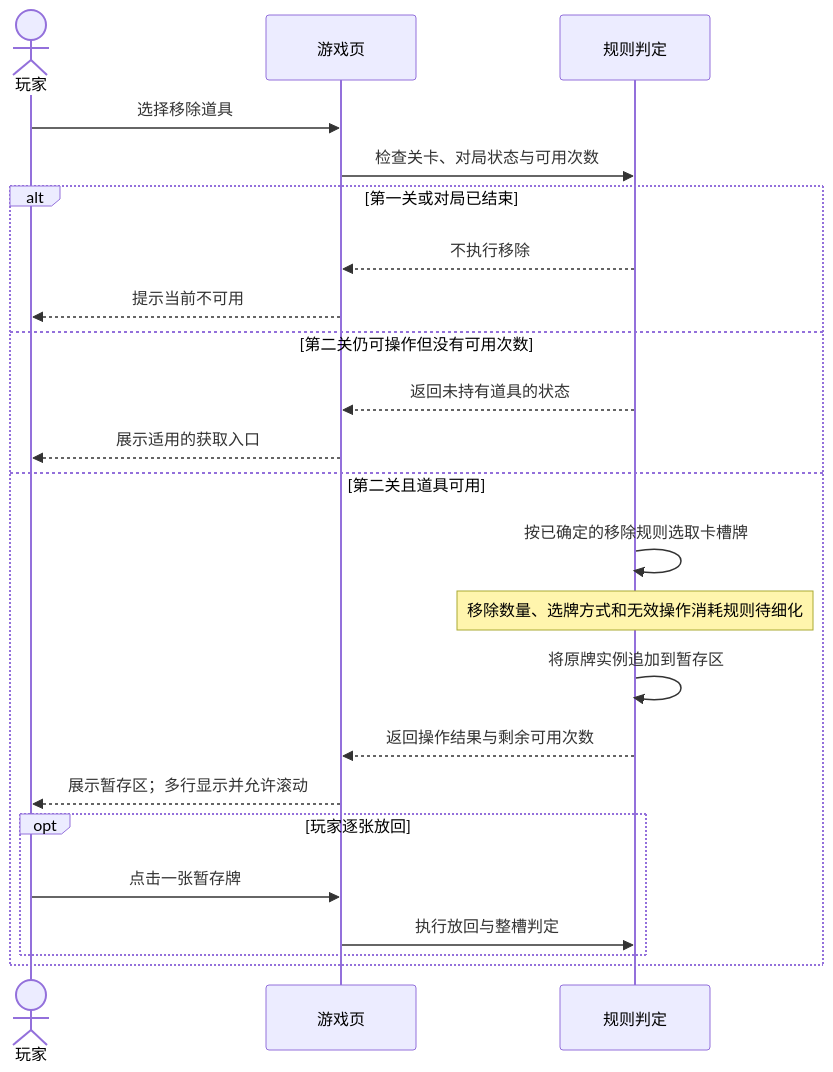
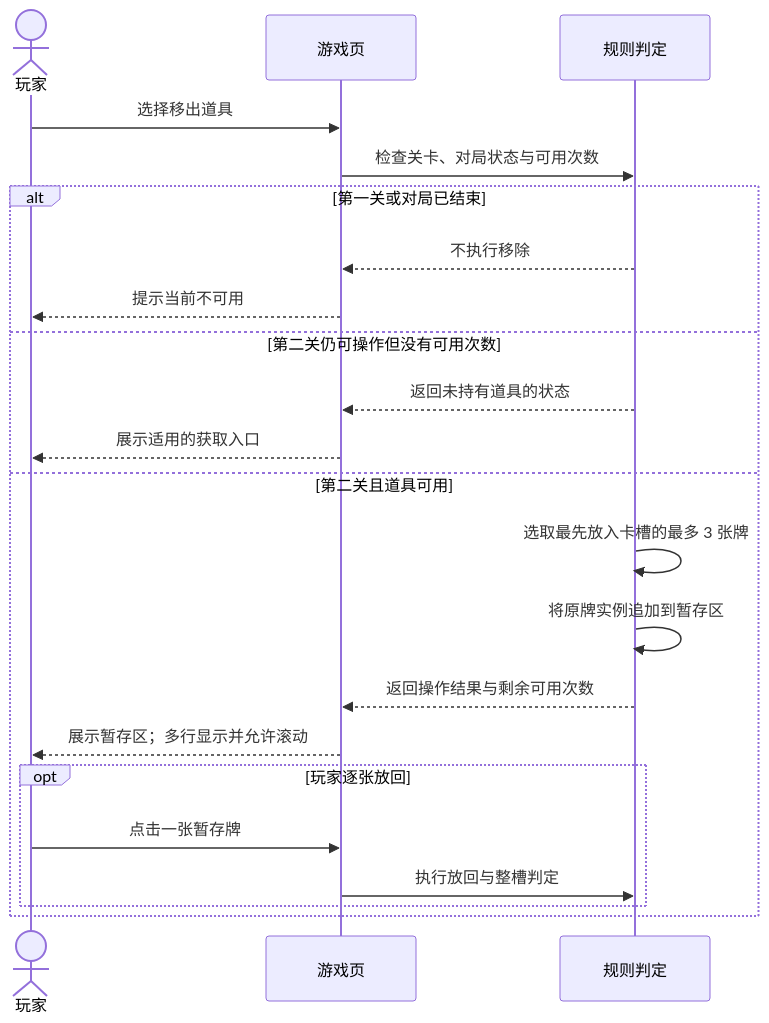
The third of 5 diagrams in docs/10-requirements/GAME-REQUIREMENTS.md (thundax-lyp/pretzel), drawn with Mermaid before and after one commit. The commit also changed other lines of this file and 1 other file, not shown here.

````diff
--- a/docs/10-requirements/GAME-REQUIREMENTS.md
+++ b/docs/10-requirements/GAME-REQUIREMENTS.md
@@ -139,25 +173,24 @@
 ```mermaid
 sequenceDiagram
     actor P as 玩家
     participant G as 游戏页
     participant R as 规则判定
-    P->>G: 选择移除道具
+    P->>G: 选择移出道具
     G->>R: 检查关卡、对局状态与可用次数
     alt 第一关或对局已结束
         R-->>G: 不执行移除
         G-->>P: 提示当前不可用
     else 第二关仍可操作但没有可用次数
         R-->>G: 返回未持有道具的状态
         G-->>P: 展示适用的获取入口
     else 第二关且道具可用
-        R->>R: 按已确定的移除规则选取卡槽牌
-        Note over R: 移除数量、选牌方式和无效操作消耗规则待细化
+        R->>R: 选取最先放入卡槽的最多 3 张牌
         R->>R: 将原牌实例追加到暂存区
         R-->>G: 返回操作结果与剩余可用次数
         G-->>P: 展示暂存区；多行显示并允许滚动
         opt 玩家逐张放回
             P->>G: 点击一张暂存牌
             G->>R: 执行放回与整槽判定
         end
     end
 ```
````
